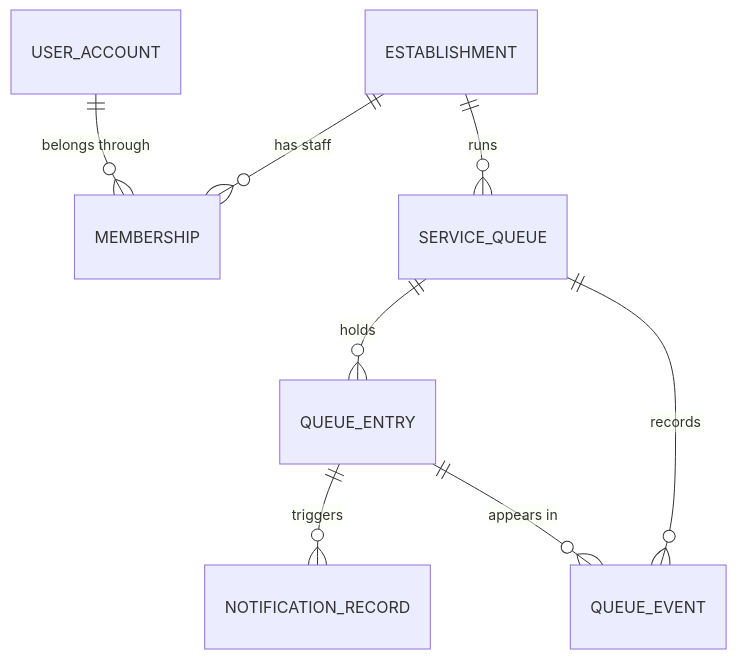
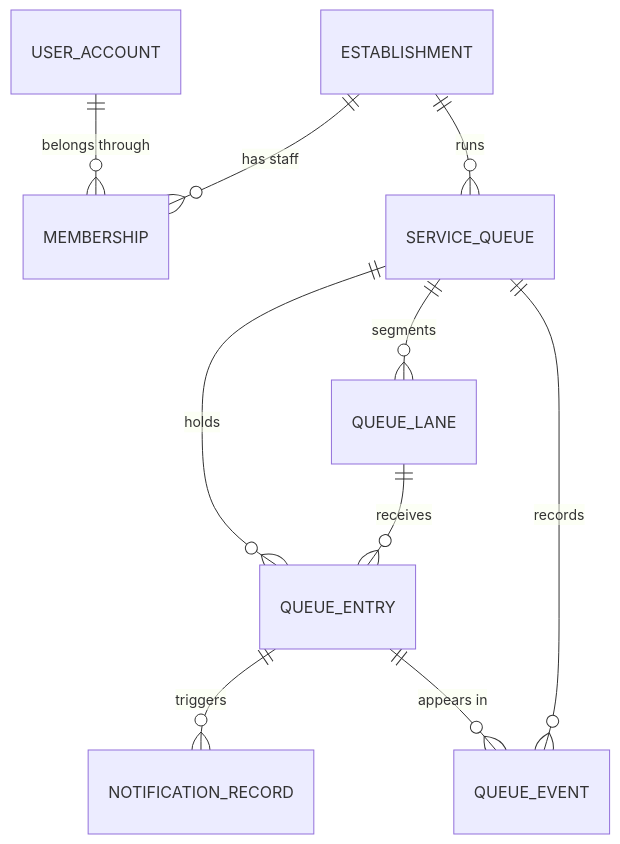
Before and after one commit to josebl123/tp-cloud: the first of 2 diagrams in docs/domain-model.md, drawn with Mermaid. The commit also changed other lines of this file and 4 other files, not shown here.

````diff
--- a/docs/domain-model.md
+++ b/docs/domain-model.md
@@ -7,10 +7,12 @@
 ```mermaid
 erDiagram
     USER_ACCOUNT ||--o{ MEMBERSHIP : "belongs through"
     ESTABLISHMENT ||--o{ MEMBERSHIP : "has staff"
     ESTABLISHMENT ||--o{ SERVICE_QUEUE : "runs"
     SERVICE_QUEUE ||--o{ QUEUE_ENTRY : "holds"
+    SERVICE_QUEUE ||--o{ QUEUE_LANE : "segments"
+    QUEUE_LANE ||--o{ QUEUE_ENTRY : "receives"
     SERVICE_QUEUE ||--o{ QUEUE_EVENT : "records"
     QUEUE_ENTRY ||--o{ NOTIFICATION_RECORD : "triggers"
     QUEUE_ENTRY ||--o{ QUEUE_EVENT : "appears in"
 ```
````
